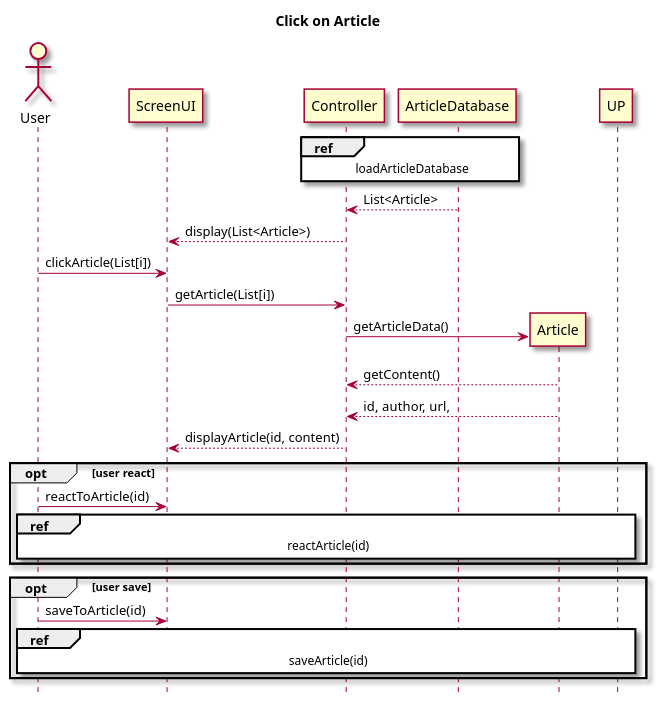
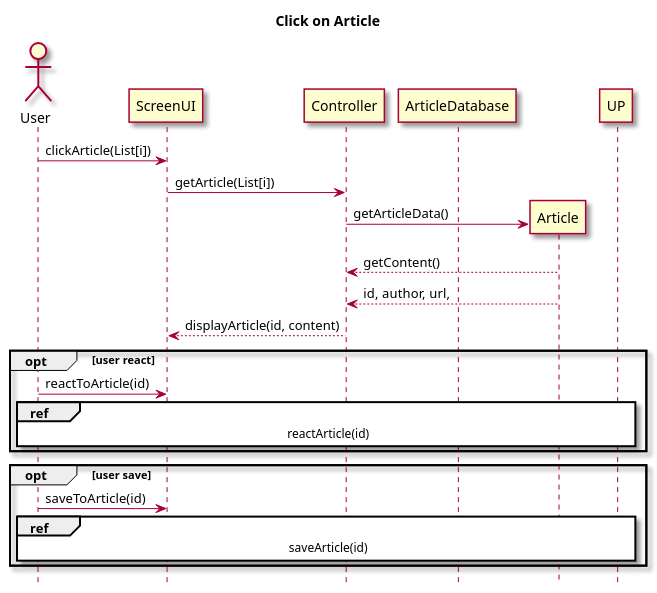
Before and after one commit to owhitleym-ui/EcoScoop: the third of 3 diagrams in intellij/doc/use-cases/access-article.md, drawn with PlantUML.

Commit message:
Updated Access-Article

````diff
--- a/intellij/doc/use-cases/access-article.md
+++ b/intellij/doc/use-cases/access-article.md
@@ -96,46 +96,38 @@
 ```plantuml
 @startuml
 
 title Click on Article
 skin rose
 hide footbox
 
 actor User as user
 participant ScreenUI as UI
 participant Controller as controller
 participant ArticleDatabase as AD
-
-
-ref over AD, controller
-loadArticleDatabase
-end ref  
-
-AD --> controller : List<Article>
-controller --> UI : display(List<Article>)
 
 
 user -> UI : clickArticle(List[i])
 UI -> controller : getArticle(List[i])
 controller -> Article ** : getArticleData()
 
 
 Article --> controller : getContent()
 Article --> controller : id, author, url, 
 controller --> UI :displayArticle(id, content)
 
 opt user react
 user -> UI: reactToArticle(id)
 ref over user, controller, UI,UP
     reactArticle(id)
     end ref
 end
 
 opt user save
 user -> UI: saveToArticle(id)
 ref over user, controller, UI,UP
     saveArticle(id)
     end ref
 end
 
 @enduml
 ```
````
